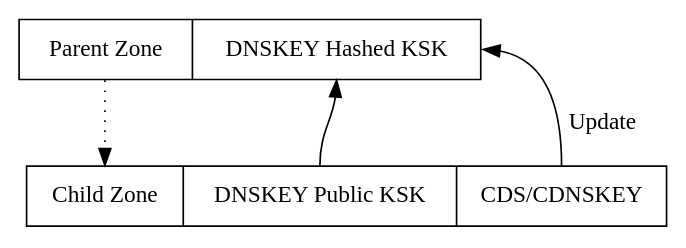
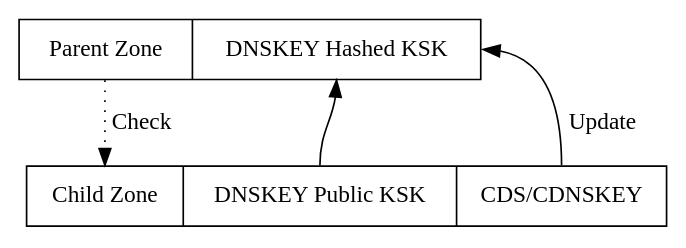
One commit to omussell/homelab changed the diagram in pic/cds.gv. Above: the diagram before and after it, drawn with Graphviz. The commit also changed 2 other files, not shown here.

```diff
--- a/pic/cds.gv
+++ b/pic/cds.gv
@@ -1,9 +1,9 @@
 digraph structs {
 node [shape=record];
 	struct1 [shape=record, label="<f10>Parent Zone|<f1> DNSKEY Hashed KSK"];
 	struct2 [shape=record, label="<f11>Child Zone|<f2> DNSKEY Public KSK|<f3> CDS/CDNSKEY"];
 
-	struct1:f10 -> struct2:f11 [style=dotted];
+	struct1:f10 -> struct2:f11 [style=dotted,label="Check"];
 	struct2:f2 -> struct1:f1
 	struct2:f3 -> struct1:f1 [label="Update"];
 }
```
